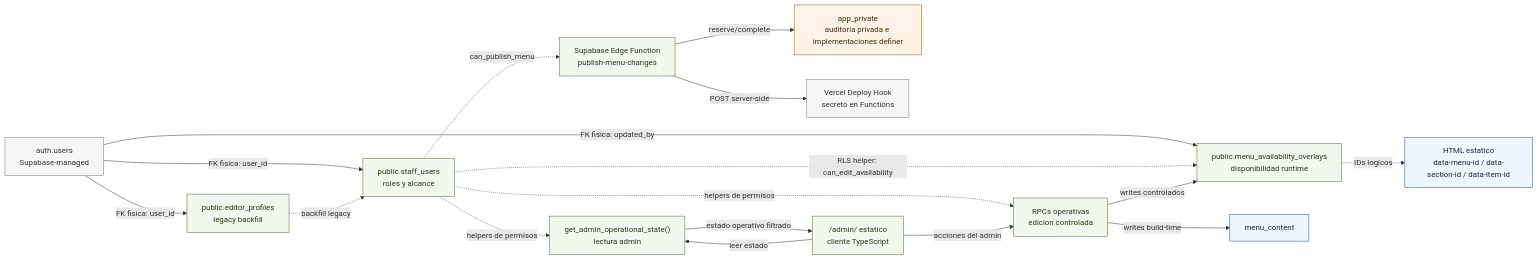
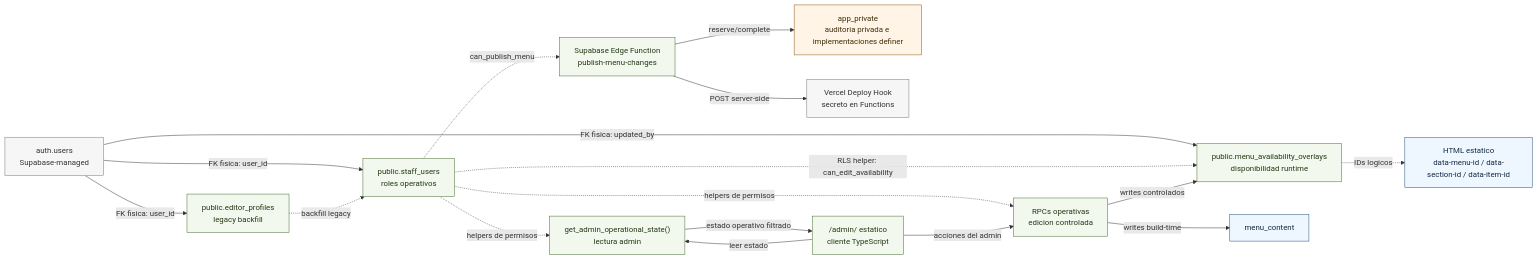
Before and after one commit to materamos/ElFaraonCatering: the third of 3 diagrams in docs/supabase/schema-diagram.md, drawn with Mermaid. The commit also changed other lines of this file and 8 other files, not shown here.

````diff
--- a/docs/supabase/schema-diagram.md
+++ b/docs/supabase/schema-diagram.md
@@ -187,41 +187,41 @@
 ```mermaid
 flowchart LR
   AUTH_USERS["auth.users<br/>Supabase-managed"]
-  STAFF["public.staff_users<br/>roles y alcance"]
+  STAFF["public.staff_users<br/>roles operativos"]
   EDITORS["public.editor_profiles<br/>legacy backfill"]
   OVERLAYS["public.menu_availability_overlays<br/>disponibilidad runtime"]
   READ_RPC["get_admin_operational_state()<br/>lectura admin"]
   WRITE_RPCS["RPCs operativas<br/>edicion controlada"]
   EDGE["Supabase Edge Function<br/>publish-menu-changes"]
   PRIVATE["app_private<br/>auditoria privada e implementaciones definer"]
   VERCEL["Vercel Deploy Hook<br/>secreto en Functions"]
   ADMIN_UI["/admin/ estatico<br/>cliente TypeScript"]
   STATIC["HTML estatico<br/>data-menu-id / data-section-id / data-item-id"]
 
   AUTH_USERS -->|"FK fisica: user_id"| STAFF
   AUTH_USERS -->|"FK fisica: user_id"| EDITORS
   AUTH_USERS -->|"FK fisica: updated_by"| OVERLAYS
   EDITORS -. "backfill legacy" .-> STAFF
   STAFF -. "RLS helper: can_edit_availability" .-> OVERLAYS
   STAFF -. "helpers de permisos" .-> READ_RPC
   STAFF -. "helpers de permisos" .-> WRITE_RPCS
   STAFF -. "can_publish_menu" .-> EDGE
   ADMIN_UI -->|"leer estado"| READ_RPC
   ADMIN_UI -->|"acciones del admin"| WRITE_RPCS
   READ_RPC -->|"estado operativo filtrado"| ADMIN_UI
   WRITE_RPCS -->|"writes controlados"| OVERLAYS
   WRITE_RPCS -->|"writes build-time"| MENU_CONTENT["menu_content"]
   EDGE -->|"reserve/complete"| PRIVATE
   EDGE -->|"POST server-side"| VERCEL
   OVERLAYS -. "IDs logicos" .-> STATIC
 
   classDef runtime fill:#f3f8ee,stroke:#446b2f,color:#223815;
   classDef structural fill:#eef6ff,stroke:#1f4f82,color:#102a43;
   classDef private fill:#fff4e5,stroke:#8a5a13,color:#3f2c09;
   classDef platform fill:#f6f6f6,stroke:#777,color:#333;
 
   class STAFF,EDITORS,OVERLAYS,READ_RPC,WRITE_RPCS,EDGE,ADMIN_UI runtime;
   class STATIC,MENU_CONTENT structural;
   class PRIVATE private;
   class AUTH_USERS,VERCEL platform;
 ```
````
